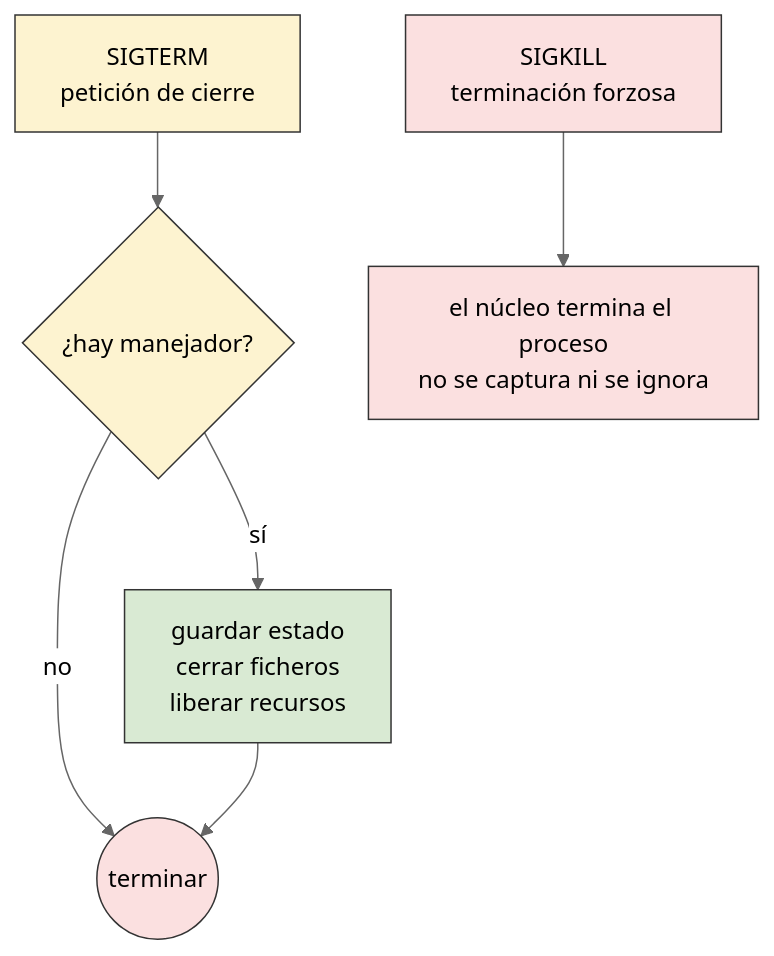
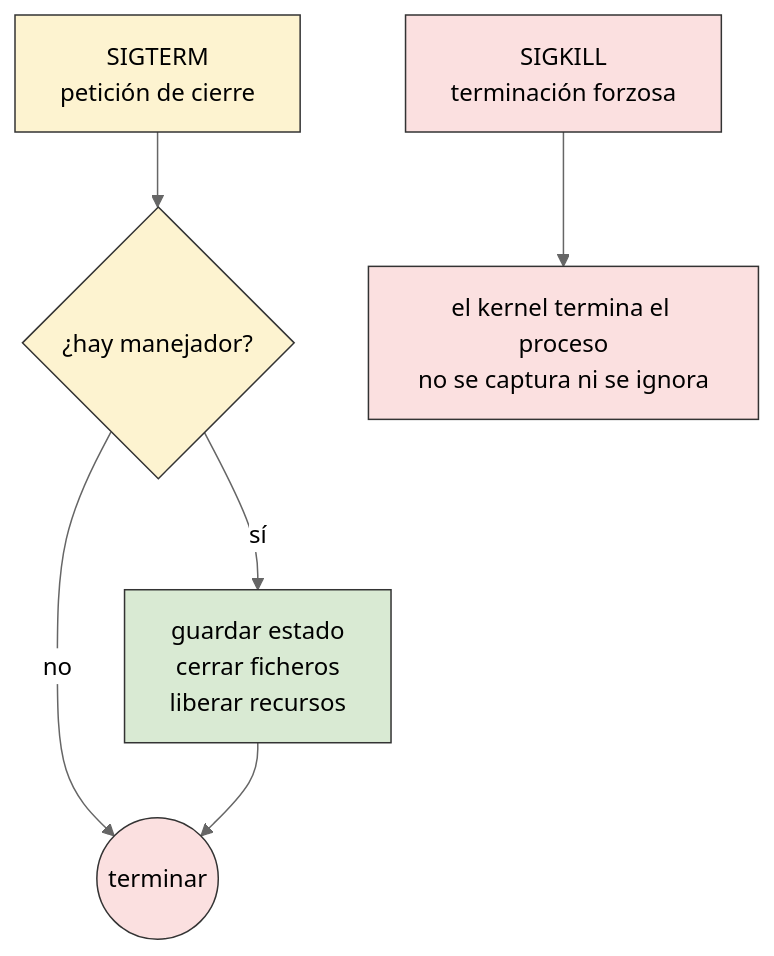
The fifth of 5 diagrams in TEORIA/08-ipc-senales/README.md (asiermarzo/ssoo), drawn with Mermaid (neutral theme) before and after one commit. The commit also changed other lines of this file and 18 other files, not shown here.

````diff
--- a/TEORIA/08-ipc-senales/README.md
+++ b/TEORIA/08-ipc-senales/README.md
@@ -112,17 +112,17 @@
 ```mermaid
 flowchart TB
     TERM["SIGTERM<br/>petición de cierre"] --> P{"¿hay manejador?"}
     P -->|sí| L["guardar estado<br/>cerrar ficheros<br/>liberar recursos"]
     P -->|no| X(("terminar"))
     L --> X
-    KILL["SIGKILL<br/>terminación forzosa"] --> D["el núcleo termina el proceso<br/>no se captura ni se ignora"]
+    KILL["SIGKILL<br/>terminación forzosa"] --> D["el kernel termina el proceso<br/>no se captura ni se ignora"]
 
     classDef term fill:#fdf3d0,stroke:#333,color:#000;
     classDef decision fill:#fdf3d0,stroke:#333,color:#000;
     classDef ok fill:#d9ead3,stroke:#333,color:#000;
     classDef fin fill:#fbe0e0,stroke:#333,color:#000;
     class TERM term;
     class P decision;
     class L ok;
     class X,KILL,D fin;
 ```
````
